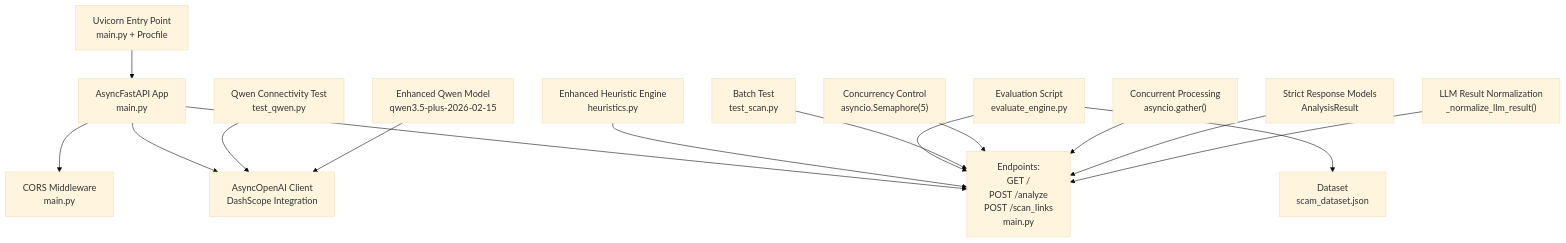
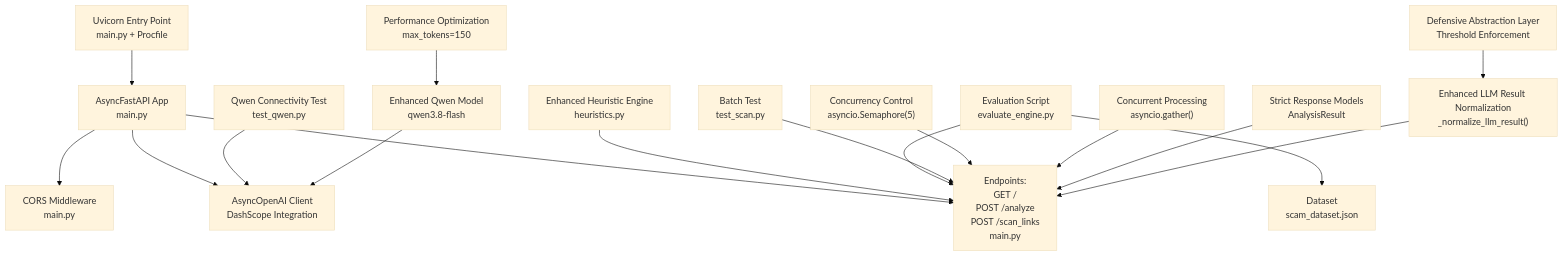
One commit to Aymanaahh/scrollguard-ai changed the first of 5 diagrams in .qoder/repowiki/en/content/Backend API Documentation.md. Above: the diagram before and after it, drawn with Mermaid (base theme). The commit also changed other lines of this file and 6 other files, not shown here.

````diff
--- a/.qoder/repowiki/en/content/Backend API Documentation.md
+++ b/.qoder/repowiki/en/content/Backend API Documentation.md
@@ -49,17 +52,19 @@
 ```mermaid
 graph TB
 A["AsyncFastAPI App<br/>main.py"] --> B["CORS Middleware<br/>main.py"]
 A --> C["AsyncOpenAI Client<br/>DashScope Integration"]
 A --> D["Endpoints:<br/>GET /<br/>POST /analyze<br/>POST /scan_links<br/>main.py"]
 E["Enhanced Heuristic Engine<br/>heuristics.py"] --> D
 F["Evaluation Script<br/>evaluate_engine.py"] --> D
 F --> G["Dataset<br/>scam_dataset.json"]
 H["Batch Test<br/>test_scan.py"] --> D
 I["Qwen Connectivity Test<br/>test_qwen.py"] --> C
 J["Concurrency Control<br/>asyncio.Semaphore(5)"] --> D
 K["Concurrent Processing<br/>asyncio.gather()"] --> D
 L["Uvicorn Entry Point<br/>main.py + Procfile"] --> A
 M["Strict Response Models<br/>AnalysisResult"] --> D
-N["LLM Result Normalization<br/>_normalize_llm_result()"] --> D
-O["Enhanced Qwen Model<br/>qwen3.5-plus-2026-02-15"] --> C
+N["Enhanced LLM Result Normalization<br/>_normalize_llm_result()"] --> D
+O["Enhanced Qwen Model<br/>qwen3.8-flash"] --> C
+P["Defensive Abstraction Layer<br/>Threshold Enforcement"] --> N
+Q["Performance Optimization<br/>max_tokens=150"] --> O
 ```
````
